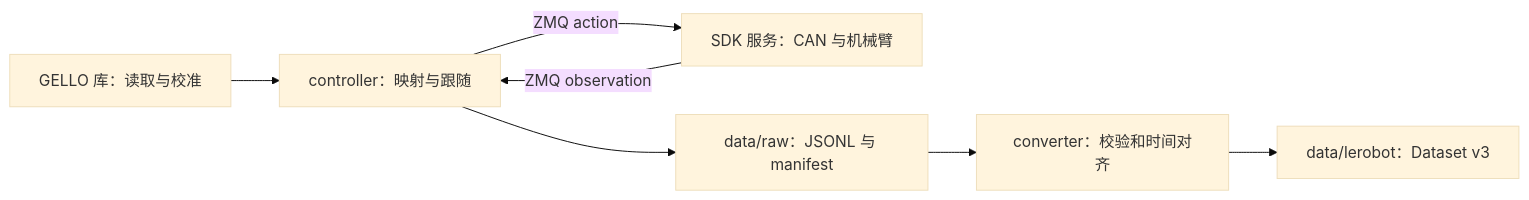
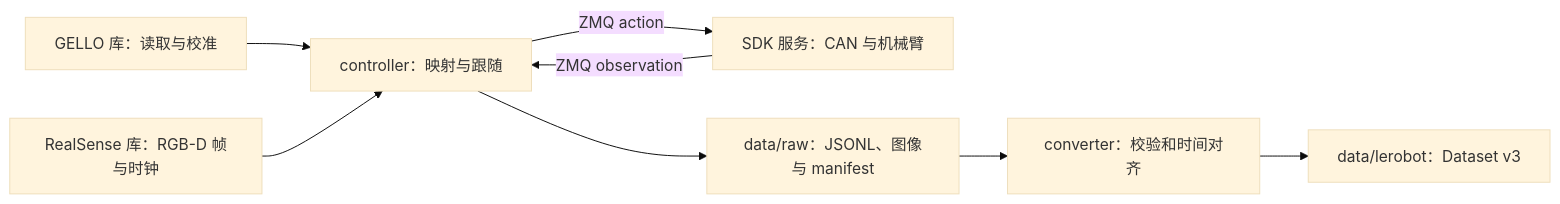
Before and after one commit to KnightOrNot/agilex-controller: the diagram in docs/index.md, drawn with Mermaid (base theme). The commit also changed other lines of this file and 25 other files, not shown here.

````diff
--- a/docs/index.md
+++ b/docs/index.md
@@ -7,9 +7,10 @@
 ```mermaid
 flowchart LR
     G[GELLO 库：读取与校准] --> C[controller：映射与跟随]
+    A[RealSense 库：RGB-D 帧与时钟] --> C
     C -->|ZMQ action| S[SDK 服务：CAN 与机械臂]
     S -->|ZMQ observation| C
-    C --> R[data/raw：JSONL 与 manifest]
+    C --> R[data/raw：JSONL、图像与 manifest]
     R --> L[converter：校验和时间对齐]
     L --> D[data/lerobot：Dataset v3]
 ```
````
